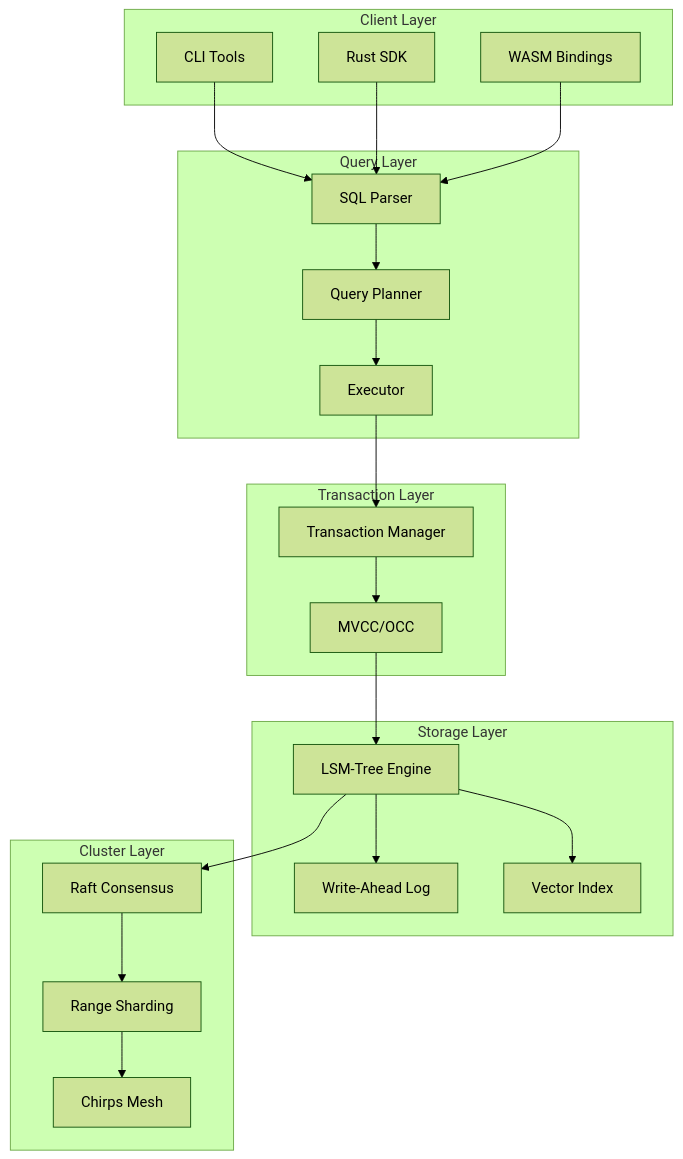
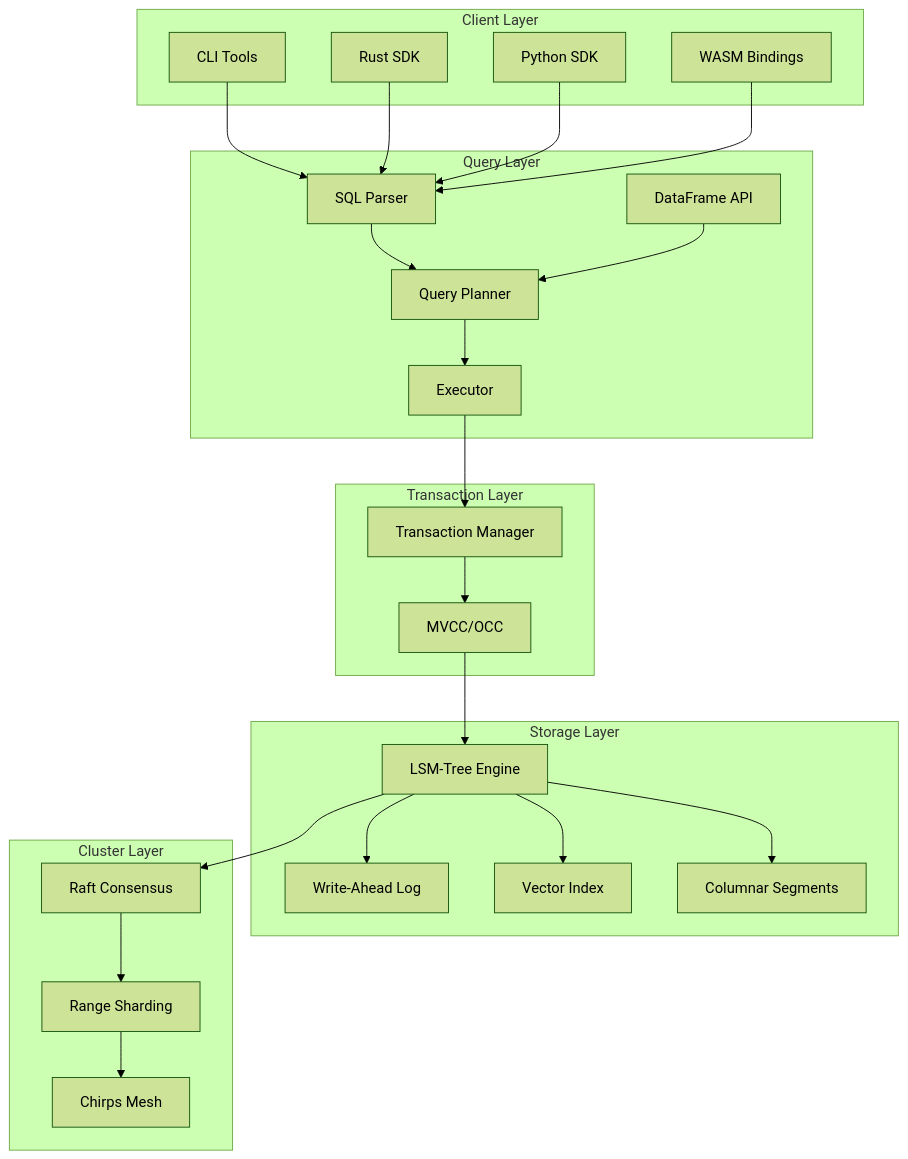
One commit to alopex-db/alopex-db.github.io changed the third of 3 diagrams in docs/concepts/overview.md. Above: the diagram before and after it, drawn with Mermaid (forest theme). The commit also changed other lines of this file and 9 other files, not shown here.

First line of the commit message:
Update roadmap and documentation for Alopex DB v0.3 release

````diff
--- a/docs/concepts/overview.md
+++ b/docs/concepts/overview.md
@@ -63,45 +63,51 @@
 ```mermaid
 graph TB
     subgraph "Client Layer"
         CLI[CLI Tools]
         SDK[Rust SDK]
+        PY[Python SDK]
         WASM[WASM Bindings]
     end
 
     subgraph "Query Layer"
         SQL[SQL Parser]
+        DF[DataFrame API]
         PLAN[Query Planner]
         EXEC[Executor]
     end
 
     subgraph "Transaction Layer"
         TX[Transaction Manager]
         MVCC[MVCC/OCC]
     end
 
     subgraph "Storage Layer"
         LSM[LSM-Tree Engine]
         WAL[Write-Ahead Log]
         VEC[Vector Index]
+        COL[Columnar Segments]
     end
 
     subgraph "Cluster Layer"
         RAFT[Raft Consensus]
         SHARD[Range Sharding]
         CHIRPS[Chirps Mesh]
     end
 
     CLI --> SQL
     SDK --> SQL
+    PY --> SQL
     WASM --> SQL
     SQL --> PLAN
+    DF --> PLAN
     PLAN --> EXEC
     EXEC --> TX
     TX --> MVCC
     MVCC --> LSM
     LSM --> WAL
     LSM --> VEC
+    LSM --> COL
     LSM --> RAFT
     RAFT --> SHARD
     SHARD --> CHIRPS
 ```
````
